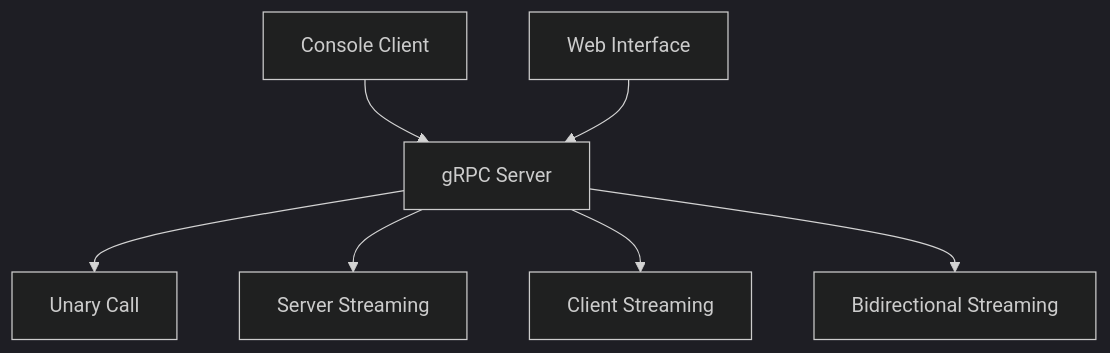
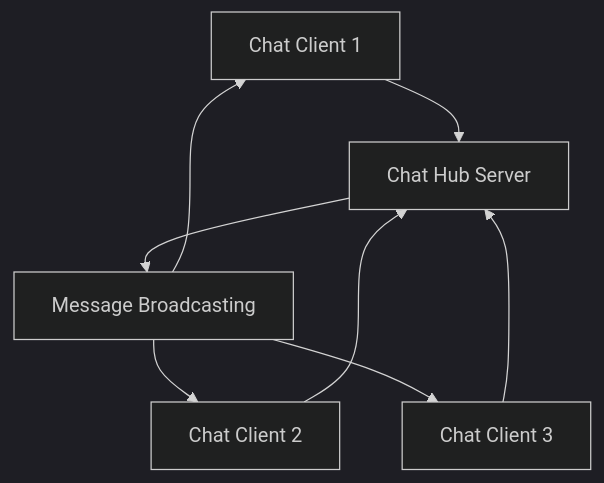
The second of 2 diagrams in README.md (CardinAlexandre/gRPC-sample), drawn with Mermaid (dark theme) before and after one commit. The commit also changed other lines of this file, not shown here.

````diff
--- a/README.md
+++ b/README.md
@@ -44,9 +253,10 @@
 ```mermaid
 graph TD
-    A[Console Client] --> B[gRPC Server]
-    C[Web Interface] --> B
-    B --> D[Unary Call]
-    B --> E[Server Streaming]
-    B --> F[Client Streaming]
-    B --> G[Bidirectional Streaming]
+    A[Chat Client 1] --> B[Chat Hub Server]
+    C[Chat Client 2] --> B
+    D[Chat Client 3] --> B
+    B --> E[Message Broadcasting]
+    E --> A
+    E --> C
+    E --> D
 ```
````
